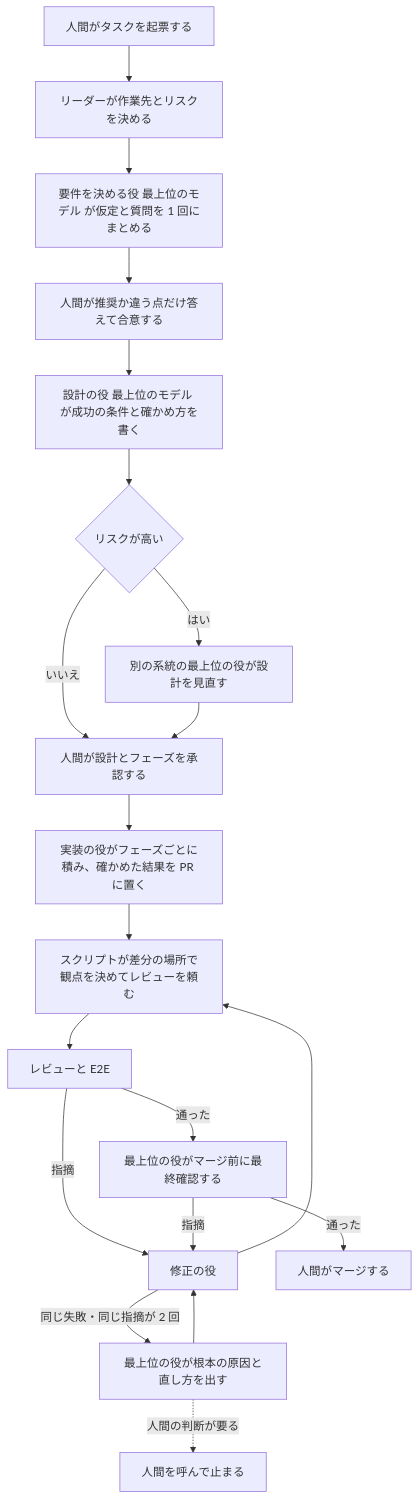
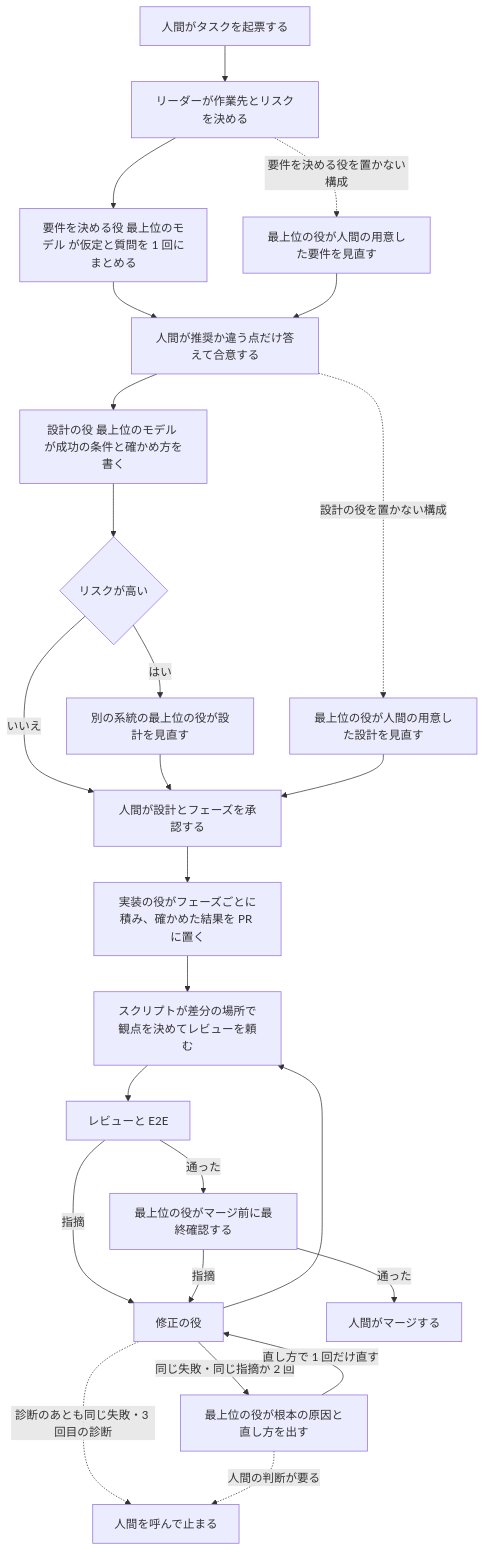
The second of 2 diagrams in docs/workflow.md (AnD00/multica-squad-kit), drawn with Mermaid before and after one commit. The commit also changed other lines of this file and 1 other file, not shown here.

````diff
--- a/docs/workflow.md
+++ b/docs/workflow.md
@@ -174,22 +186,27 @@
 ```mermaid title="改善後の流れ"
 flowchart TD
   A[人間がタスクを起票する] --> L[リーダーが作業先とリスクを決める]
   L --> P[要件を決める役 最上位のモデル が仮定と質問を 1 回にまとめる]
+  L -. 要件を決める役を置かない構成 .-> XP[最上位の役が人間の用意した要件を見直す]
   P --> HA[人間が推奨か違う点だけ答えて合意する]
+  XP --> HA
   HA --> D[設計の役 最上位のモデル が成功の条件と確かめ方を書く]
+  HA -. 設計の役を置かない構成 .-> XD[最上位の役が人間の用意した設計を見直す]
   D --> R1{リスクが高い}
   R1 -- はい --> X1[別の系統の最上位の役が設計を見直す]
   R1 -- いいえ --> HB
   X1 --> HB[人間が設計とフェーズを承認する]
+  XD --> HB
   HB --> I[実装の役がフェーズごとに積み、確かめた結果を PR に置く]
   I --> S[スクリプトが差分の場所で観点を決めてレビューを頼む]
   S --> RV[レビューと E2E]
   RV -- 指摘 --> F[修正の役]
   F --> S
   F -- 同じ失敗・同じ指摘が 2 回 --> X2[最上位の役が根本の原因と直し方を出す]
-  X2 --> F
-  X2 -. 人間の判断が要る .-> HS[人間を呼んで止まる]
+  X2 -- 直し方で 1 回だけ直す --> F
+  F -. 診断のあとも同じ失敗・3 回目の診断 .-> HS[人間を呼んで止まる]
+  X2 -. 人間の判断が要る .-> HS
   RV -- 通った --> X3[最上位の役がマージ前に最終確認する]
   X3 -- 指摘 --> F
   X3 -- 通った --> HM[人間がマージする]
 ```
````
